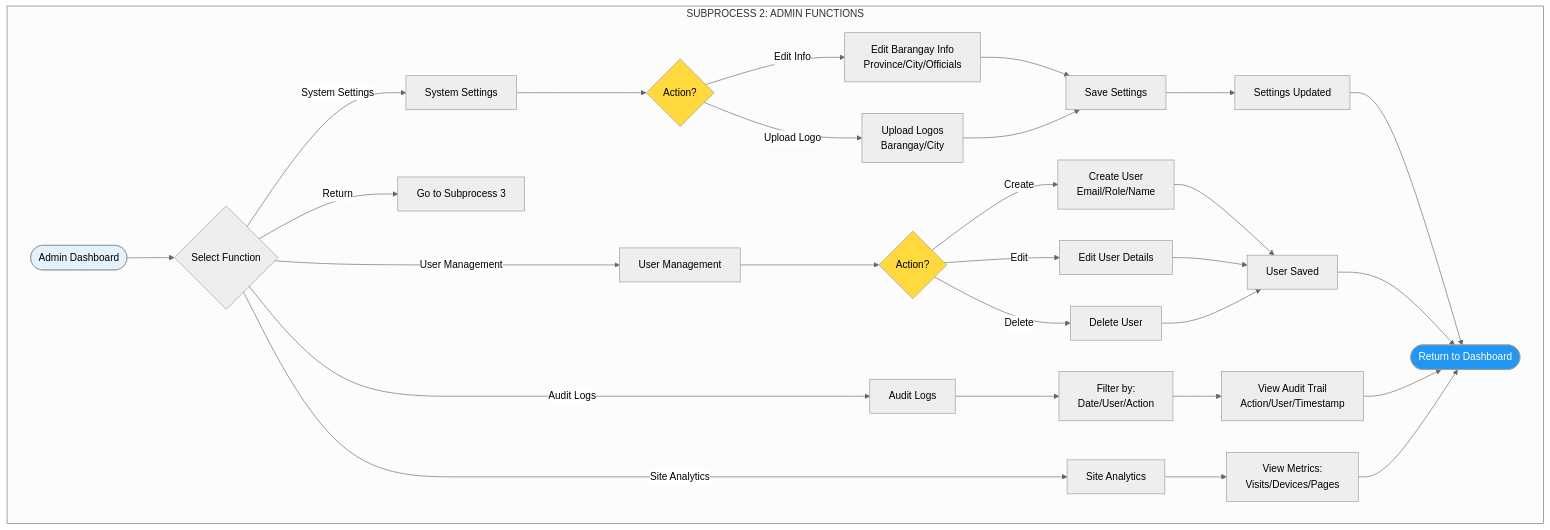
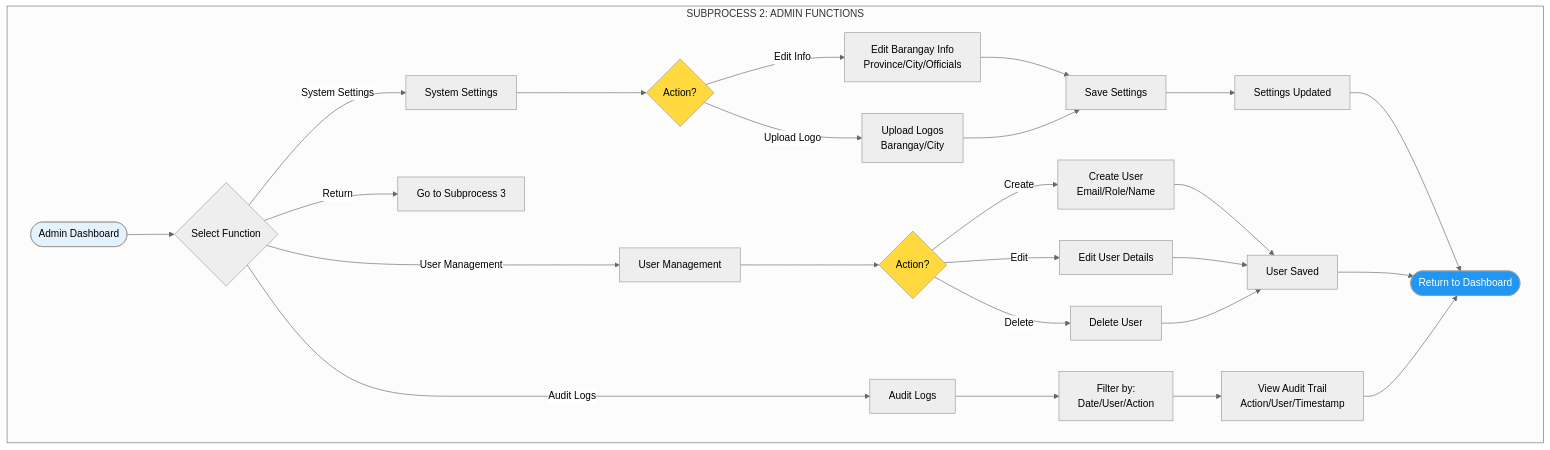
The fourth of 10 diagrams in README.md (Godwynski/Final), drawn with Mermaid (neutral theme) before and after one commit. The commit also changed other lines of this file and 15 other files, not shown here.

Commit message:
feat: Introduce core application layout, Supabase schema, and seed data, while removing analytics and site visit tracking features.

````diff
--- a/README.md
+++ b/README.md
@@ -727,47 +678,42 @@
 ```mermaid
 flowchart TD
     subgraph Admin["SUBPROCESS 2: ADMIN FUNCTIONS"]
         Start([Admin Dashboard]) --> Menu{Select Function}
 
         Menu -->|System Settings| Settings[System Settings]
         Menu -->|User Management| Users[User Management]
         Menu -->|Audit Logs| Audit[Audit Logs]
-        Menu -->|Site Analytics| Analytics[Site Analytics]
         Menu -->|Return| ReturnOps[Go to Subprocess 3]
 
         %% System Settings
         Settings --> SettingsAction{Action?}
         SettingsAction -->|Edit Info| EditBarangay[Edit Barangay Info<br/>Province/City/Officials]
         SettingsAction -->|Upload Logo| UploadLogo[Upload Logos<br/>Barangay/City]
         EditBarangay --> SaveSettings[Save Settings]
         UploadLogo --> SaveSettings
         SaveSettings --> SettingsOK[Settings Updated]
 
         %% User Management
         Users --> UserAction{Action?}
         UserAction -->|Create| CreateUser[Create User<br/>Email/Role/Name]
         UserAction -->|Edit| EditUser[Edit User Details]
         UserAction -->|Delete| DeleteUser[Delete User]
         CreateUser --> UserOK[User Saved]
         EditUser --> UserOK
         DeleteUser --> UserOK
 
         %% Audit Logs
         Audit --> AuditFilters[Filter by:<br/>Date/User/Action]
         AuditFilters --> ViewLogs[View Audit Trail<br/>Action/User/Timestamp]
 
-        %% Site Analytics
-        Analytics --> ViewAnalytics[View Metrics:<br/>Visits/Devices/Pages]
-
         %% End States
         SettingsOK --> End([Return to Dashboard])
         UserOK --> End
         ViewLogs --> End
-        ViewAnalytics --> End
     end
 
     style Start fill:#e3f2fd
     style End fill:#2196F3,color:#fff
     style SettingsAction fill:#ffd93d
     style UserAction fill:#ffd93d
 ```
````
